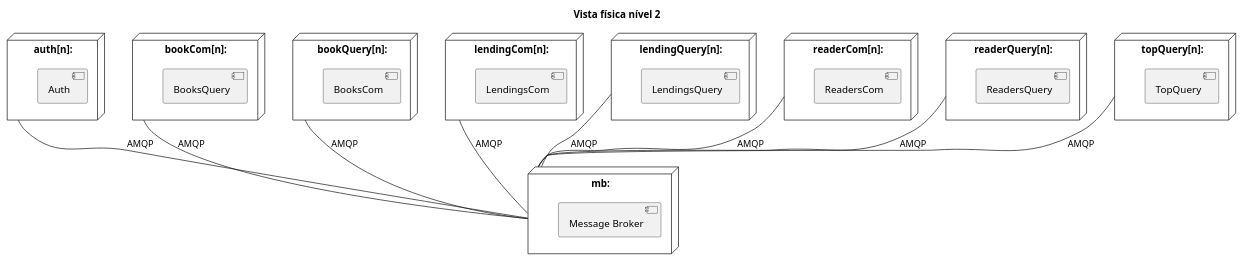
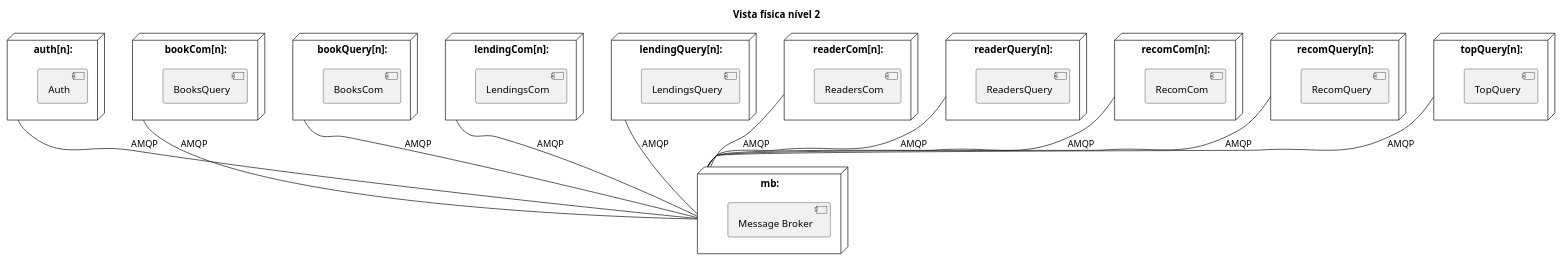
One commit to GitHubCatarina/SIDIS changed the diagram in Docs/Design/Entrega3/Vistas Físicas/Nível 2/Nivel2.puml. Above: the diagram before and after it, drawn with PlantUML. The commit also changed 10 other files, not shown here.

```diff
--- a/Docs/Design/Entrega3/Vistas Físicas/Nível 2/Nivel2.puml
+++ b/Docs/Design/Entrega3/Vistas Físicas/Nível 2/Nivel2.puml
@@ -1,55 +1,65 @@
 @startuml
  'https://plantuml.com/class-diagram
 
 title Vista física nível 2
 
  hide circle
  skinparam classAttributeIconSize 0
 
 node "mb:" as messageBroker {
     [Message Broker]
 }
 
 node "auth[n]:" as auth {
     [Auth]
 }
 
 node "bookCom[n]:" as bookCom {
     [BooksQuery]
 }
 
 node "bookQuery[n]:" as bookQuery {
     [BooksCom]
 }
 
 node "lendingCom[n]:" as lendingCom {
     [LendingsCom]
 }
 
 node "lendingQuery[n]:" as lendingQuery {
     [LendingsQuery]
 }
 
 node "readerCom[n]:" as readerCom {
     [ReadersCom]
 }
 
 node "readerQuery[n]:" as readerQuery {
     [ReadersQuery]
 }
 
+node "recomCom[n]:" as recomCom {
+    [RecomCom]
+}
+
+node "recomQuery[n]:" as recomQuery {
+    [RecomQuery]
+}
+
 node "topQuery[n]:" as top {
     [TopQuery]
 }
 
 
 auth -- messageBroker : AMQP
 bookCom -- messageBroker : AMQP
 bookQuery -- messageBroker : AMQP
 lendingCom -- messageBroker : AMQP
 lendingQuery -- messageBroker : AMQP
 readerCom -- messageBroker : AMQP
 readerQuery -- messageBroker : AMQP
+recomCom -- messageBroker : AMQP
+recomQuery -- messageBroker : AMQP
 top -- messageBroker : AMQP
 
 @enduml
```
